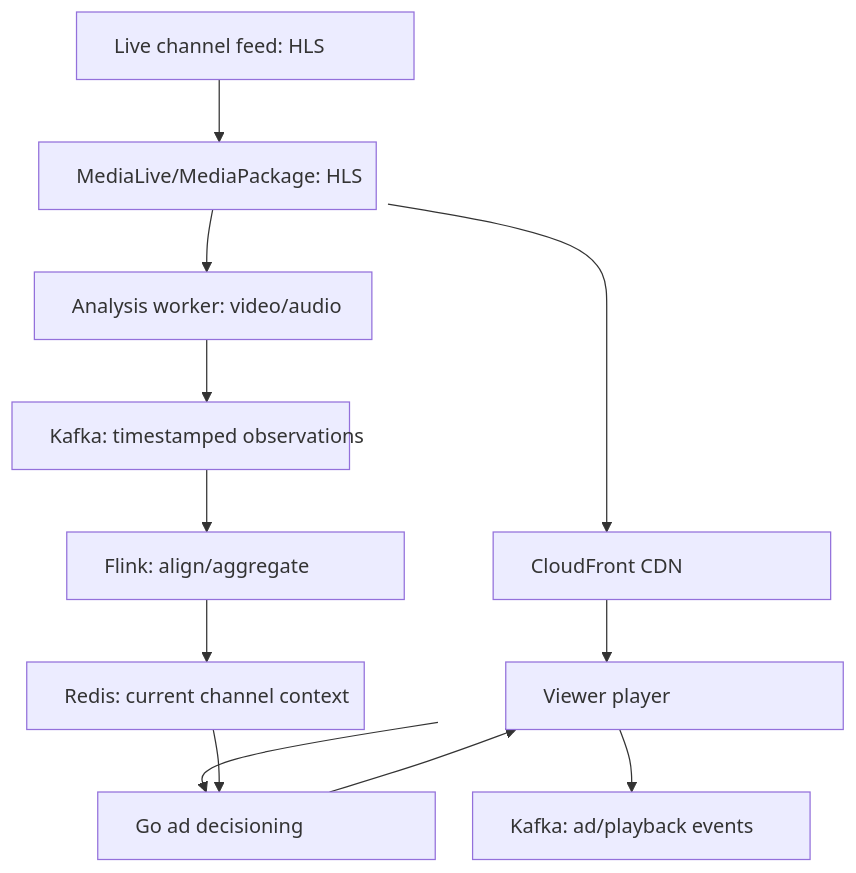
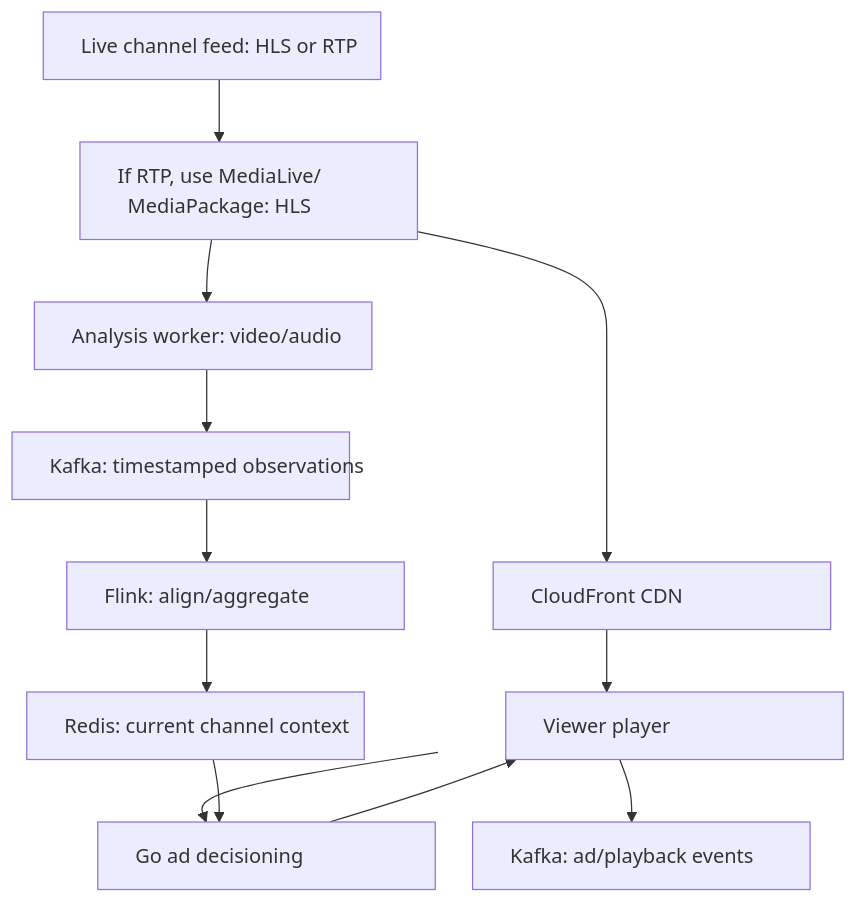
Before and after one commit to rayning0/scenebid: the third of 3 diagrams in README.md, drawn with Mermaid. The commit also changed other lines of this file, not shown here.

First line of the commit message:
Clarify live TV ingest options in architecture diagram

````diff
--- a/README.md
+++ b/README.md
@@ -383,17 +384,17 @@
 ```mermaid
 %%{init: {"flowchart": {"wrappingWidth": 270}}}%%
 flowchart TD
     classDef wide width:270px;
-    L["Live channel feed: HLS"] --> M["MediaLive/MediaPackage: HLS"]
+    L["Live channel feed: HLS or RTP"] --> M["If RTP, use MediaLive/<br>MediaPackage: HLS"]
     M --> N["CloudFront CDN"]
     M --> X["Analysis worker: video/audio"]
     X --> K["Kafka: timestamped observations"]
     K --> F["Flink: align/aggregate"]
     F --> R["Redis: current channel context"]
     N --> P["Viewer player"]
     P --> A["Go ad decisioning"]
     R --> A
     A --> P
     P --> E["Kafka: ad/playback events"]
     class L,M,N,X,K,F,R,P,A,E wide
 ```
````
